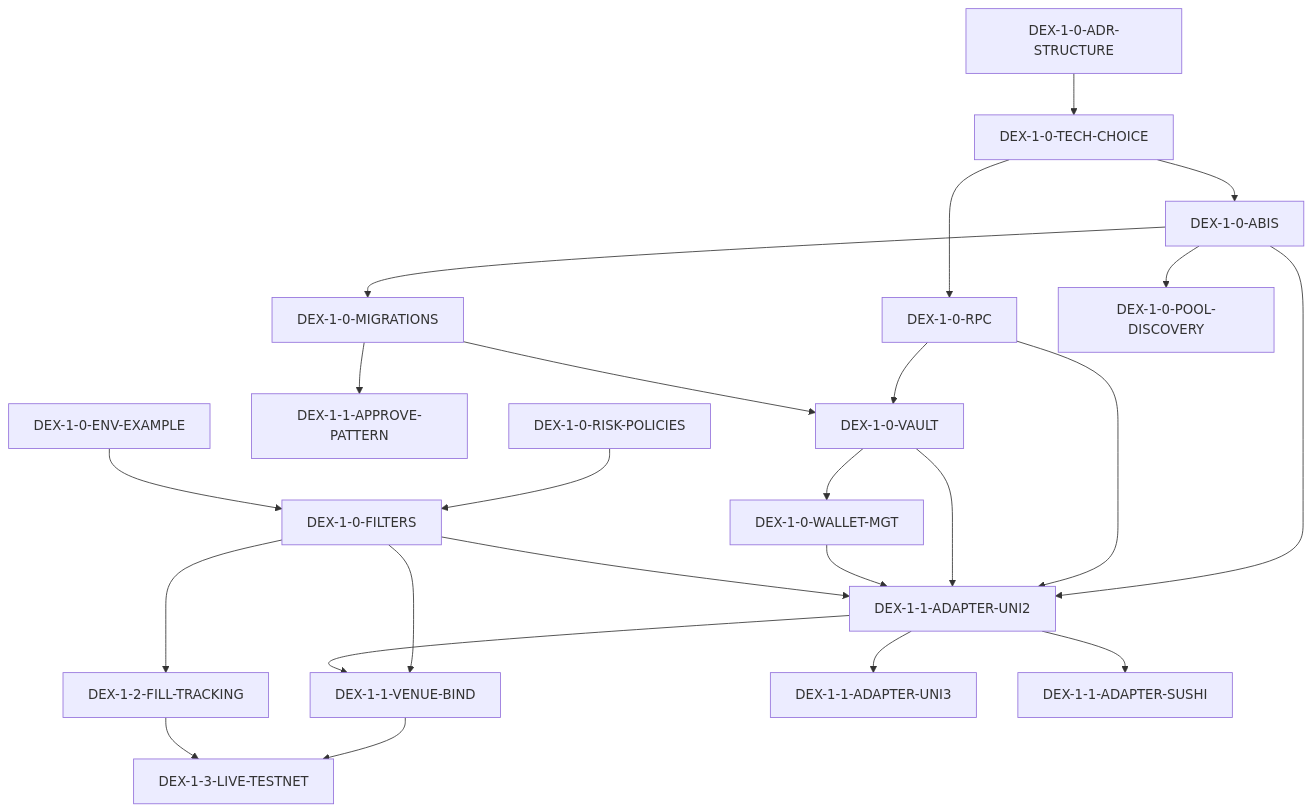
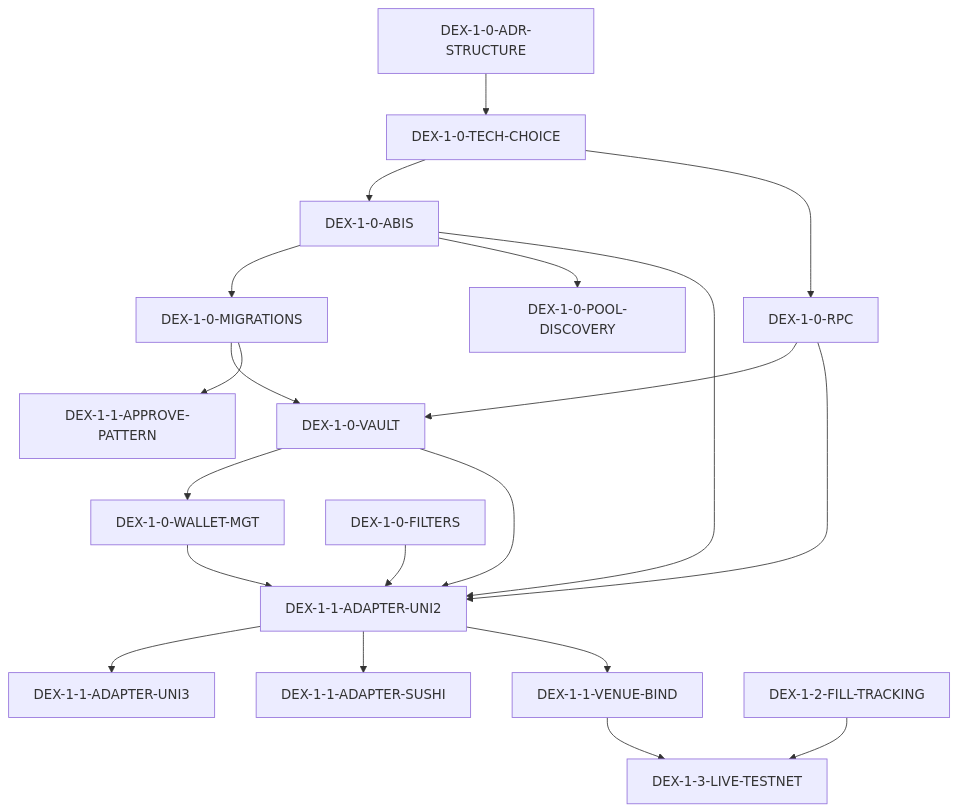
One commit to brev77/Arbibot-2 changed the diagram in .cursor/plans/DEVELOPMENT_PLAN-DEX.md. Above: the diagram before and after it, drawn with Mermaid. The commit also changed other lines of this file and 42 other files, not shown here.

````diff
--- a/.cursor/plans/DEVELOPMENT_PLAN-DEX.md
+++ b/.cursor/plans/DEVELOPMENT_PLAN-DEX.md
@@ -86,26 +134,22 @@
 ```mermaid
 graph TD
     DEX-1-0-ADR-STRUCTURE --> DEX-1-0-TECH-CHOICE
     DEX-1-0-TECH-CHOICE --> DEX-1-0-ABIS
     DEX-1-0-TECH-CHOICE --> DEX-1-0-RPC
     DEX-1-0-ABIS --> DEX-1-0-MIGRATIONS
     DEX-1-0-ABIS --> DEX-1-0-POOL-DISCOVERY
     DEX-1-0-RPC --> DEX-1-0-VAULT
     DEX-1-0-MIGRATIONS --> DEX-1-0-VAULT
     DEX-1-0-VAULT --> DEX-1-0-WALLET-MGT
     DEX-1-0-MIGRATIONS --> DEX-1-1-APPROVE-PATTERN
     DEX-1-0-ABIS --> DEX-1-1-ADAPTER-UNI2
     DEX-1-0-RPC --> DEX-1-1-ADAPTER-UNI2
     DEX-1-0-VAULT --> DEX-1-1-ADAPTER-UNI2
     DEX-1-0-WALLET-MGT --> DEX-1-1-ADAPTER-UNI2
-    DEX-1-0-RISK-POLICIES --> DEX-1-0-FILTERS
-    DEX-1-0-ENV-EXAMPLE --> DEX-1-0-FILTERS
     DEX-1-0-FILTERS --> DEX-1-1-ADAPTER-UNI2
-    DEX-1-0-FILTERS --> DEX-1-1-VENUE-BIND
-    DEX-1-0-FILTERS --> DEX-1-2-FILL-TRACKING
     DEX-1-1-ADAPTER-UNI2 --> DEX-1-1-ADAPTER-UNI3
     DEX-1-1-ADAPTER-UNI2 --> DEX-1-1-ADAPTER-SUSHI
     DEX-1-1-ADAPTER-UNI2 --> DEX-1-1-VENUE-BIND
     DEX-1-1-VENUE-BIND --> DEX-1-3-LIVE-TESTNET
     DEX-1-2-FILL-TRACKING --> DEX-1-3-LIVE-TESTNET
 ```
````
